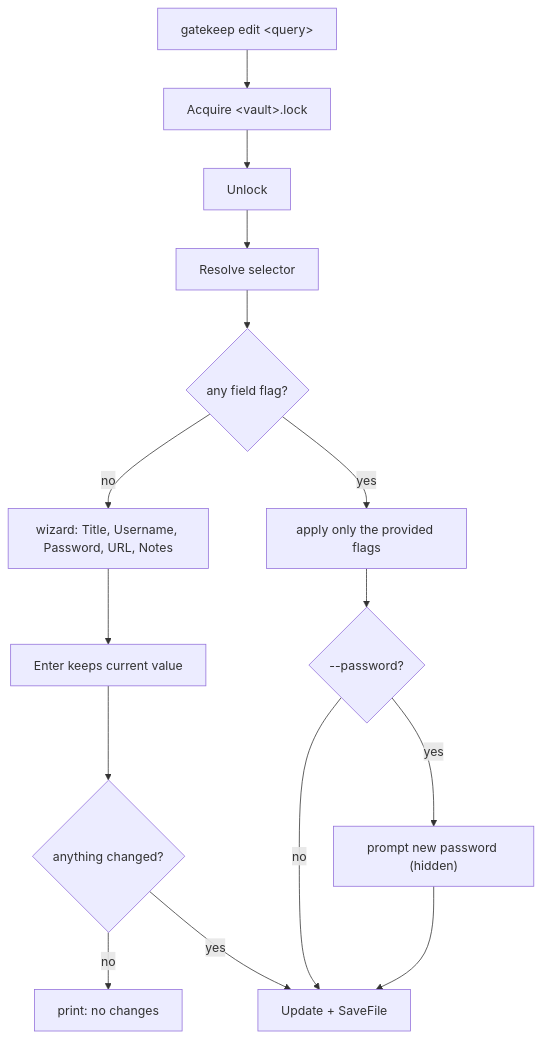
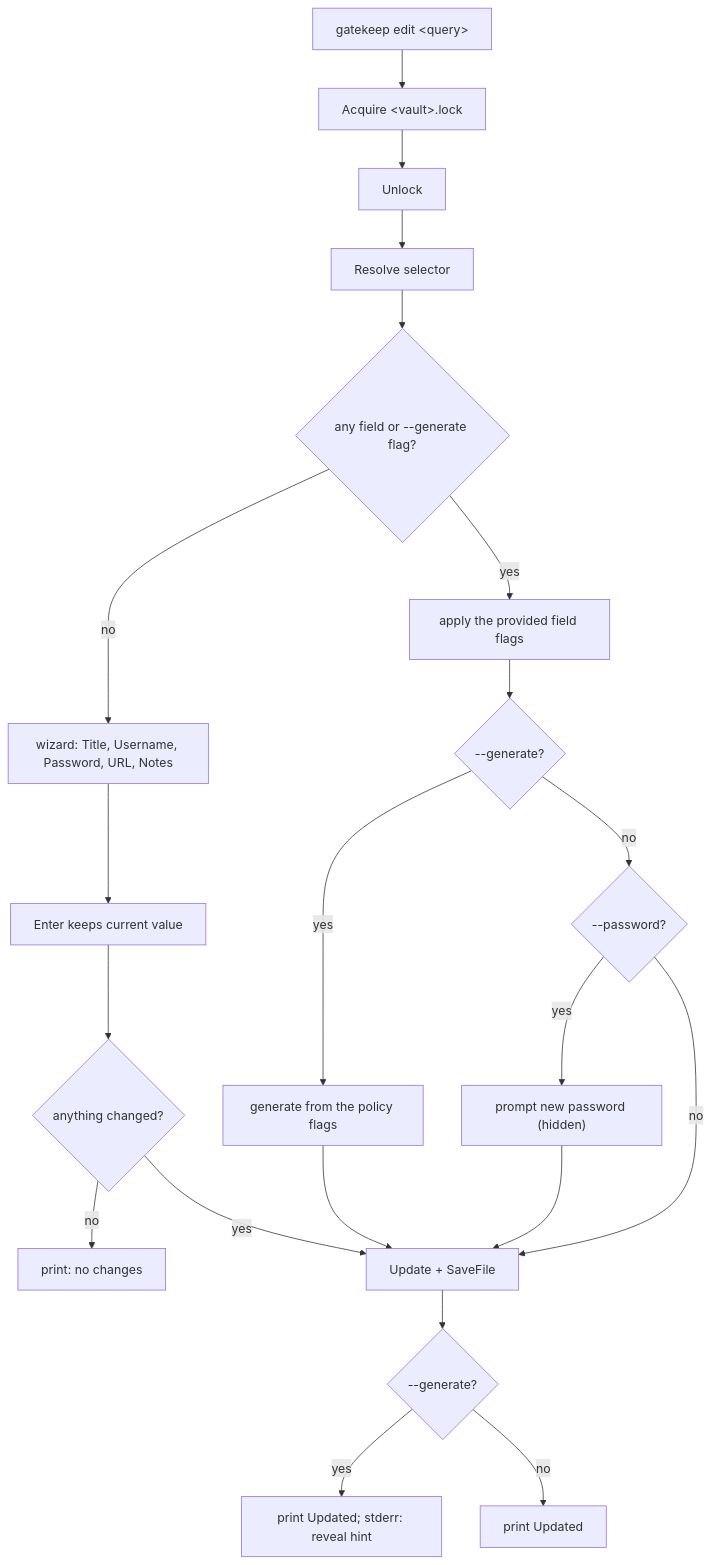
One commit to nxkh4ng/gatekeep changed the eighth of 10 diagrams in cmd/FLOWS.md. Above: the diagram before and after it, drawn with Mermaid. The commit also changed other lines of this file and 6 other files, not shown here.

First line of the commit message:
feat(cli): generate password from add and edit commands

````diff
--- a/cmd/FLOWS.md
+++ b/cmd/FLOWS.md
@@ -153,17 +167,23 @@
 ```mermaid
 flowchart TD
     A["gatekeep edit &lt;query&gt;"] --> L["Acquire &lt;vault&gt;.lock"]
     L --> U["Unlock"]
     U --> R["Resolve selector"]
-    R --> F{"any field flag?"}
+    R --> F{"any field or --generate flag?"}
     F -->|no| W["wizard: Title, Username, Password, URL, Notes"]
     W --> W2["Enter keeps current value"]
     W2 --> C{"anything changed?"}
     C -->|no| N["print: no changes"]
     C -->|yes| S["Update + SaveFile"]
-    F -->|yes| G["apply only the provided flags"]
-    G --> Q{"--password?"}
-    Q -->|yes| P["prompt new password (hidden)"]
-    Q -->|no| S
+    F -->|yes| G["apply the provided field flags"]
+    G --> Q{"--generate?"}
+    Q -->|yes| QG["generate from the policy flags"]
+    Q -->|no| QP{"--password?"}
+    QP -->|yes| P["prompt new password (hidden)"]
+    QP -->|no| S
+    QG --> S
     P --> S
+    S --> O{"--generate?"}
+    O -->|yes| O2["print Updated; stderr: reveal hint"]
+    O -->|no| O3["print Updated"]
 ```
````
